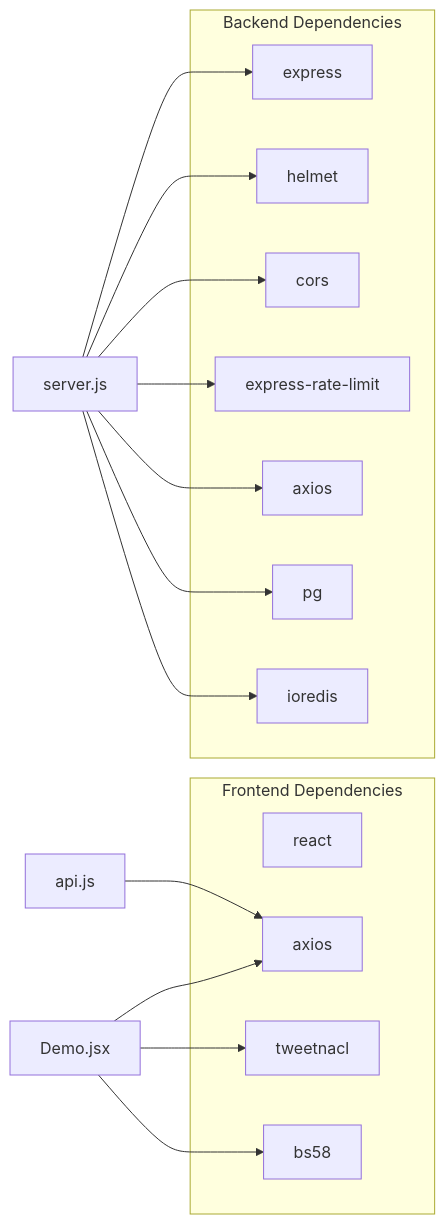
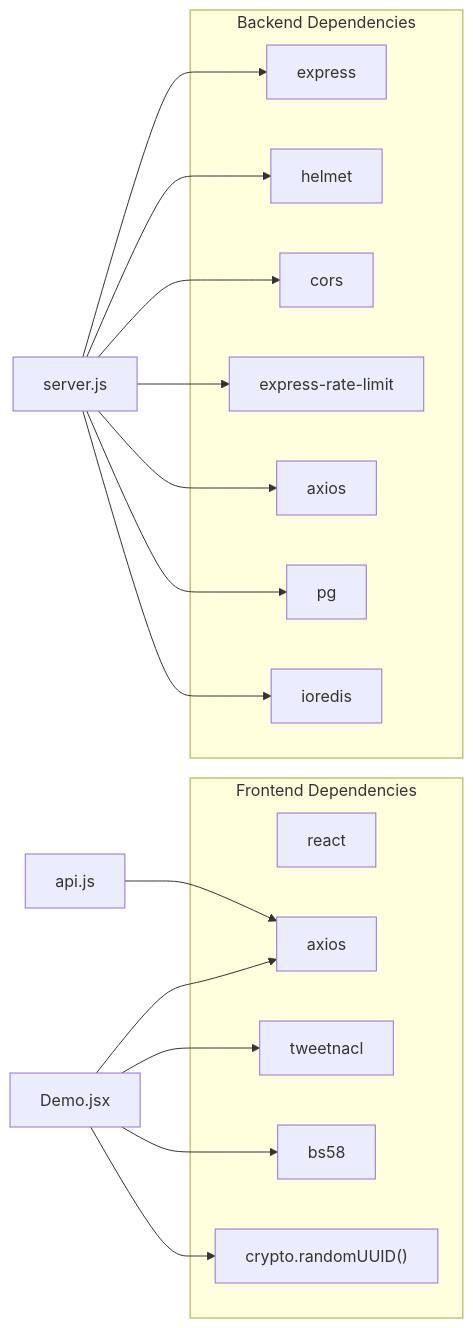
Before and after one commit to RunTimeAdmin/AgentID: the seventh of 7 diagrams in .qoder/repowiki/en/content/Frontend Application/Page Components/Demo Page.md, drawn with Mermaid. The commit also changed other lines of this file and 31 other files, not shown here.

````diff
--- a/.qoder/repowiki/en/content/Frontend Application/Page Components/Demo Page.md
+++ b/.qoder/repowiki/en/content/Frontend Application/Page Components/Demo Page.md
@@ -322,29 +346,31 @@
 ```mermaid
 graph LR
 subgraph "Frontend Dependencies"
 react["react"]
 axios["axios"]
 tweetnacl["tweetnacl"]
 bs58["bs58"]
+crypto["crypto.randomUUID()"]
 end
 subgraph "Backend Dependencies"
 express["express"]
 helmet["helmet"]
 cors["cors"]
 rateLimit["express-rate-limit"]
 pg["pg"]
 ioredis["ioredis"]
 axiosB["axios"]
 end
 Demo["Demo.jsx"] --> axios
 Demo --> tweetnacl
 Demo --> bs58
+Demo --> crypto
 API["api.js"] --> axios
 Server["server.js"] --> express
 Server --> helmet
 Server --> cors
 Server --> rateLimit
 Server --> axiosB
 Server --> pg
 Server --> ioredis
 ```
````
